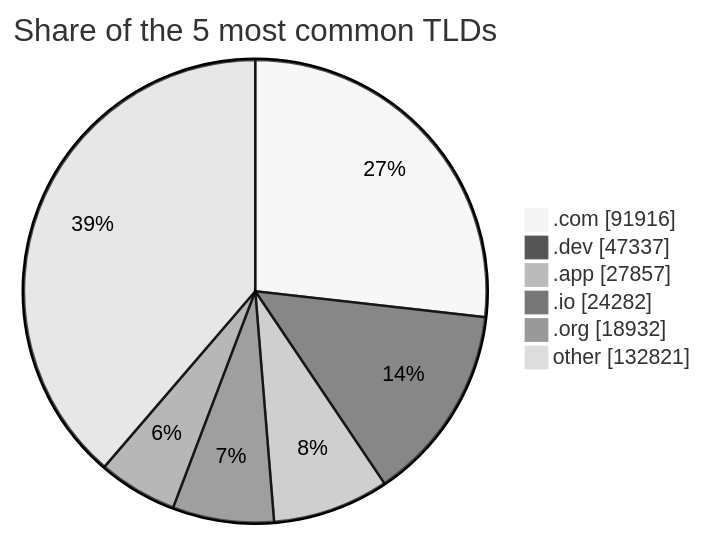
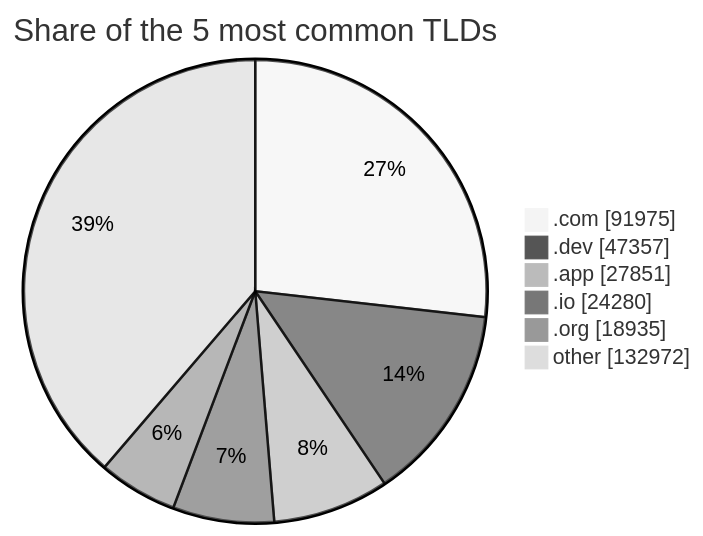
Before and after one commit to DNSBunker/CTI: the third of 3 diagrams in README.md, drawn with Mermaid (neutral theme). The commit also changed other lines of this file and 3 other files, not shown here.

````diff
--- a/README.md
+++ b/README.md
@@ -81,9 +81,9 @@
 ```mermaid
 pie showData title Share of the 5 most common TLDs
-    ".com" : 91916
-    ".dev" : 47337
-    ".app" : 27857
-    ".io" : 24282
-    ".org" : 18932
-    "other" : 132821
+    ".com" : 91975
+    ".dev" : 47357
+    ".app" : 27851
+    ".io" : 24280
+    ".org" : 18935
+    "other" : 132972
 ```
````
